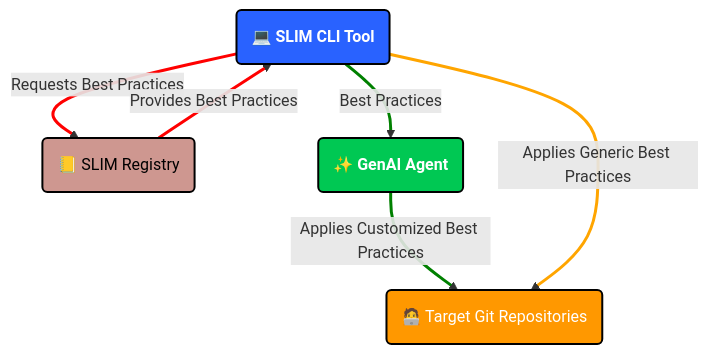
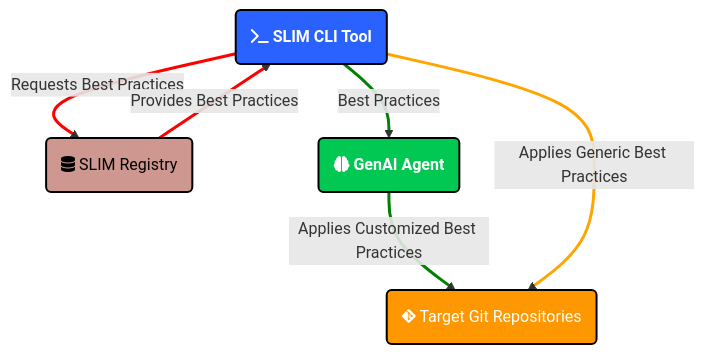
Before and after one commit to NASA-AMMOS/slim: the diagram in docs/tools/README.md, drawn with Mermaid. The commit also changed other lines of this file and 3 other files, not shown here.

````diff
--- a/docs/tools/README.md
+++ b/docs/tools/README.md
@@ -11,31 +11,31 @@
 ```mermaid
 flowchart TD
     %% == Nodes representing the components ==
     %% Using Font Awesome icons (fa: for solid, fab: for brands)
-    CLI(💻 SLIM CLI Tool)
-    Registry(📒 SLIM Registry)
-    GenAI(✨ GenAI Agent)
-    GitRepos(🧑‍💻️ Target Git Repositories)
+    CLI(fa:fa-terminal SLIM CLI Tool)
+    Registry(fa:fa-database SLIM Registry)
+    GenAI(fa:fa-brain GenAI Agent)
+    GitRepos(fab:fa-git-alt Target Git Repositories)
     %% == Interactions / Flow ==
     %% Using numbered labels to indicate sequence
     CLI -->|Requests Best Practices| Registry
     Registry -->|Provides Best Practices| CLI
     CLI -->|Best Practices| GenAI
     GenAI -->|Applies Customized Best Practices| GitRepos
     CLI -->|Applies Generic Best Practices| GitRepos
     %% == Styling ==
     %% Node Styling
     style CLI color:#FFFFFF, fill:#2962FF, stroke:#000, stroke-width:2px, font-weight:bold
     style Registry color:#000000, fill:#ce9790 , stroke:#000, stroke-width:2px
     style GenAI color:#FFFFFF, fill:#00C853, stroke:#000, stroke-width:2px, font-weight:bold
     style GitRepos color:#FFFFFF, fill:#FF9800, stroke:#000, stroke-width:2px
     %% == Link Styling for Visibility ==
     %% Default style for all links (arrows)
     linkStyle default stroke-width:2px, stroke:#333
     %% Optional: Style specific links if needed (example below, uncomment to use)
     linkStyle 0 stroke-width:3px,stroke:red;
     linkStyle 1 stroke-width:3px,stroke:red;
     linkStyle 2 stroke-width:3px,stroke:green;
     linkStyle 3 stroke-width:3px,stroke:green;
     linkStyle 4 stroke-width:3px,stroke:orange;
 ```
````
